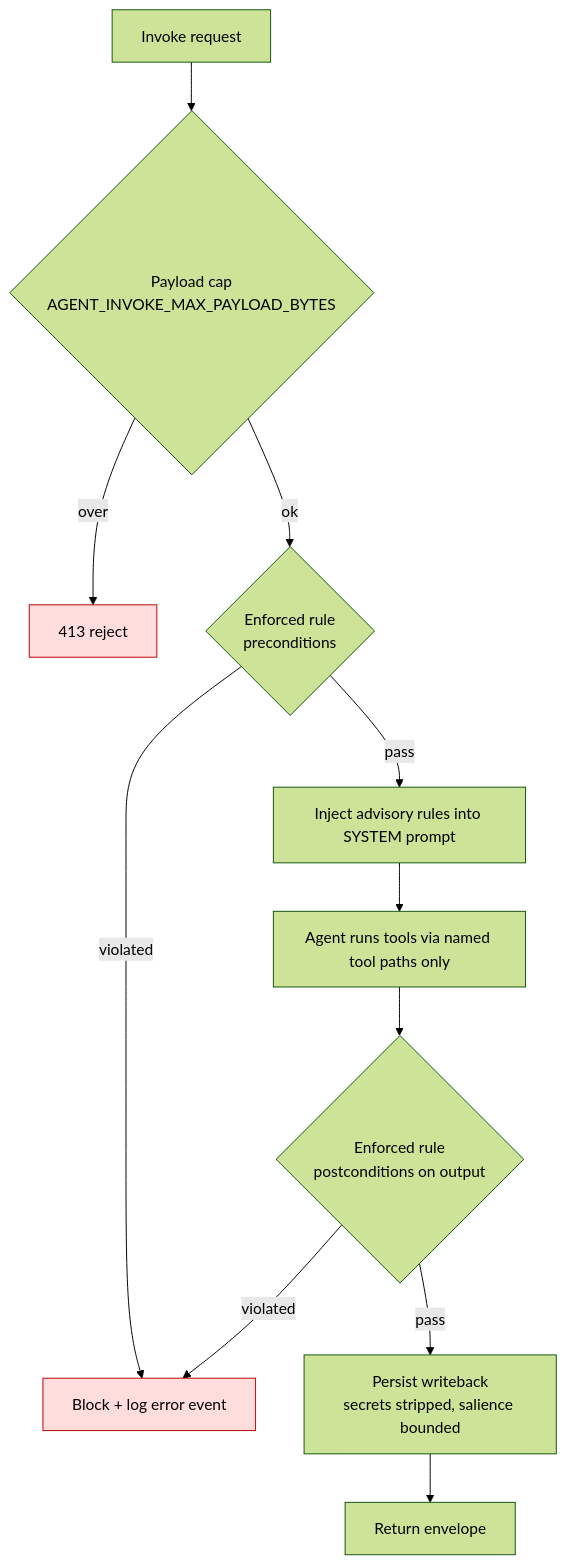
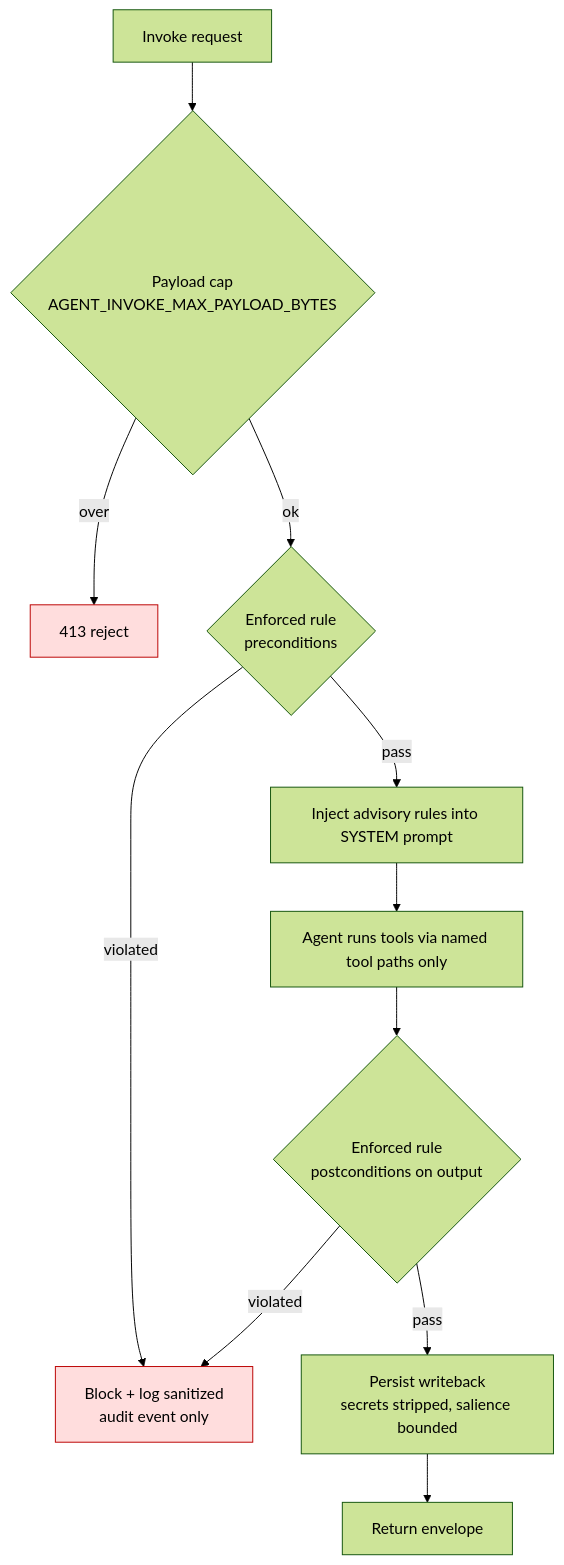
Before and after one commit to brandonkindred/Khala-Agentic-AI-Teams: the sixth of 6 diagrams in backend/agents/agent_cognition/DESIGN.md, drawn with Mermaid (forest theme). The commit also changed other lines of this file and 1 other file, not shown here.

````diff
--- a/backend/agents/agent_cognition/DESIGN.md
+++ b/backend/agents/agent_cognition/DESIGN.md
@@ -286,16 +310,16 @@
 ```mermaid
 flowchart TB
   IN[Invoke request] --> V1{Payload cap<br/>AGENT_INVOKE_MAX_PAYLOAD_BYTES}
   V1 -- over --> R413[413 reject]
   V1 -- ok --> PRE{Enforced rule<br/>preconditions}
-  PRE -- violated --> BLK[Block + log error event]
+  PRE -- violated --> BLK[Block + log sanitized<br/>audit event only]
   PRE -- pass --> ADV[Inject advisory rules into SYSTEM prompt]
   ADV --> RUN[Agent runs tools via named tool paths only]
   RUN --> OUT{Enforced rule<br/>postconditions on output}
   OUT -- violated --> BLK
   OUT -- pass --> WB[Persist writeback<br/>secrets stripped, salience bounded]
   WB --> DONE[Return envelope]
 
   classDef bad fill:#fdd,stroke:#b00
   class R413,BLK bad
 ```
````
